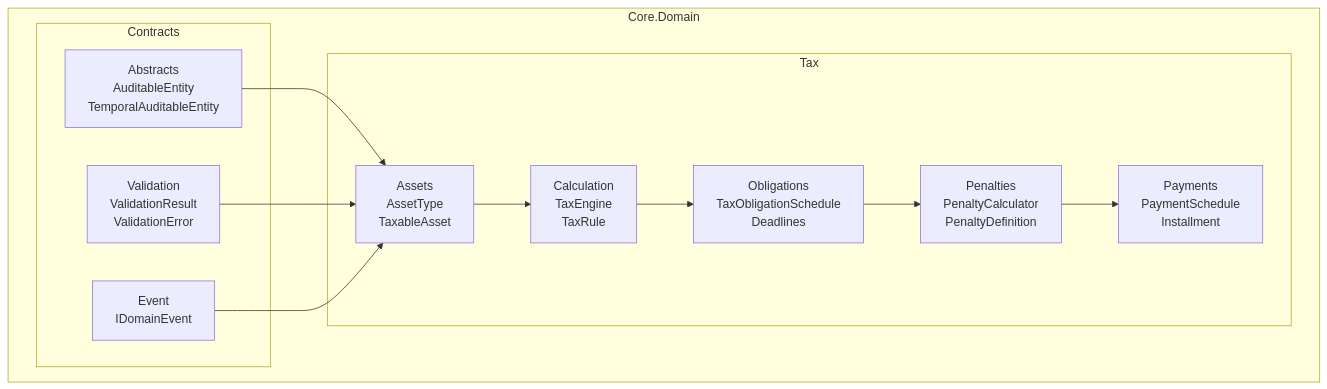
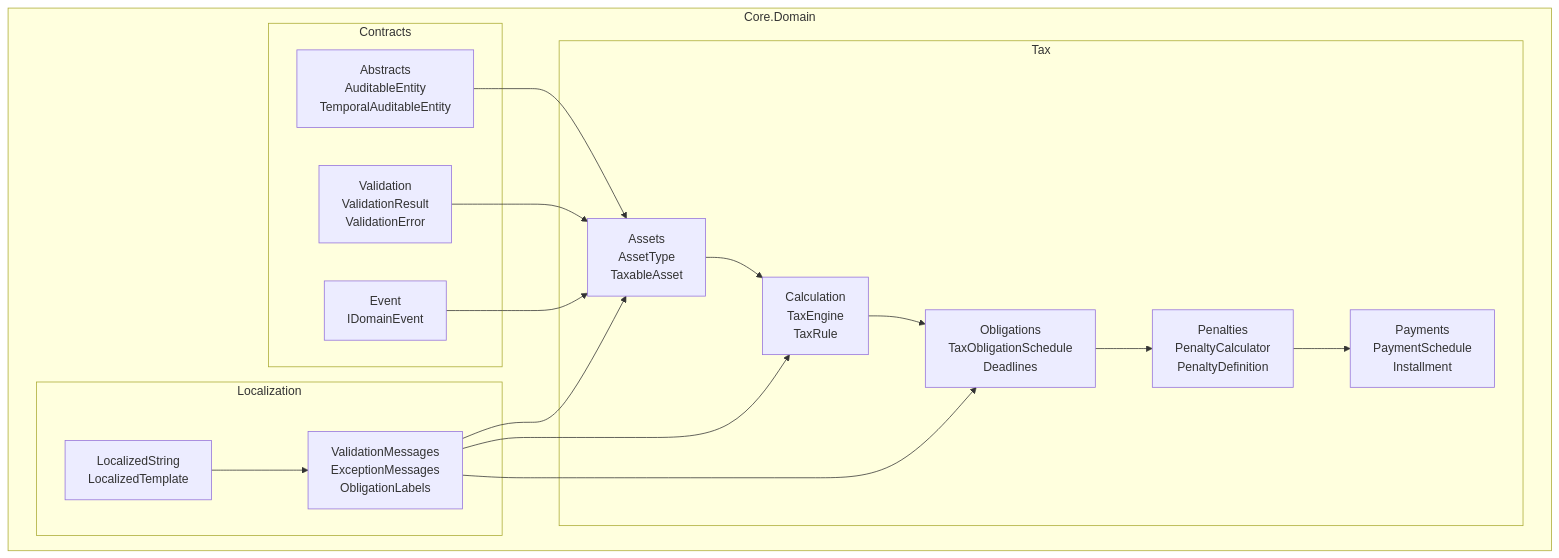
Before and after one commit to daniwxcode/TaxFlow: the first of 12 diagrams in docs/DOMAIN.md, drawn with Mermaid. The commit also changed other lines of this file and 1 other file, not shown here.

````diff
--- a/docs/DOMAIN.md
+++ b/docs/DOMAIN.md
@@ -40,27 +43,37 @@
 ```mermaid
 graph TB
     subgraph "Core.Domain"
         subgraph "Contracts"
             Abstracts[Abstracts<br/>AuditableEntity<br/>TemporalAuditableEntity]
             Validation[Validation<br/>ValidationResult<br/>ValidationError]
             Events[Event<br/>IDomainEvent]
         end
         
         subgraph "Tax"
             Assets[Assets<br/>AssetType<br/>TaxableAsset]
             Calculation[Calculation<br/>TaxEngine<br/>TaxRule]
             Obligations[Obligations<br/>TaxObligationSchedule<br/>Deadlines]
             Penalties[Penalties<br/>PenaltyCalculator<br/>PenaltyDefinition]
             Payments[Payments<br/>PaymentSchedule<br/>Installment]
         end
+
+        subgraph "Localization"
+            LocStrings[LocalizedString<br/>LocalizedTemplate]
+            LocMessages[ValidationMessages<br/>ExceptionMessages<br/>ObligationLabels]
+        end
     end
     
     Assets --> Calculation
     Calculation --> Obligations
     Obligations --> Penalties
     Penalties --> Payments
     
     Abstracts --> Assets
     Validation --> Assets
     Events --> Assets
+
+    LocStrings --> LocMessages
+    LocMessages --> Assets
+    LocMessages --> Calculation
+    LocMessages --> Obligations
 ```
````
